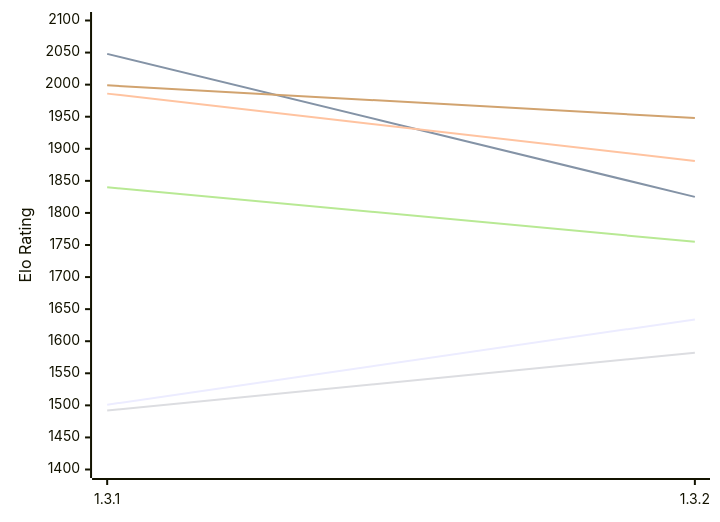
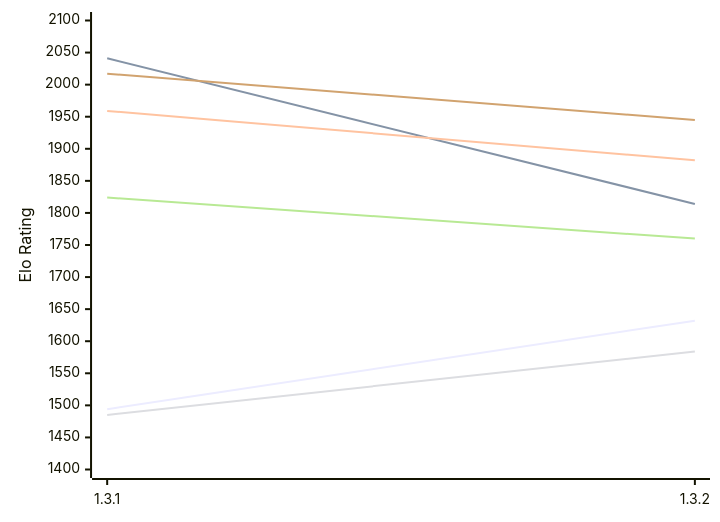
One commit to computer-chess-index/cci changed the first of 2 diagrams in engines/Zugblitz.md. Above: the diagram before and after it, drawn with Mermaid. The commit also changed other lines of this file, not shown here.

Commit message:
Update CCI Ratings (ELO VLTC) - 2026-11-17

````diff
--- a/engines/Zugblitz.md
+++ b/engines/Zugblitz.md
@@ -50,12 +50,12 @@
 ```mermaid
 %%{init: {"theme":"base","themeVariables":{"seriesColors:['#a3a3a3','#222221','#faa371']}}}%%
 xychart-beta
   x-axis ["1.3.1", "1.3.2"]
   y-axis "Elo Rating" 1400 --> 2100
-  line "E1: STC (8.0+0.08s)" [1501, 1634]
-  line "E1: LTC (60.0+0.60s)" [2048, 1825]
-  line "E1: VLTC (2m24s+1.12s)" [1986, 1881]
-  line "P1: STC (8.0+0.08s)" [1492, 1582]
-  line "P1: LTC (60.0+0.60s)" [1840, 1755]
-  line "P1: VLTC (2m24s+1.12s)" [1999, 1948]
+  line "E1: STC (8.0+0.08s)" [1494, 1632]
+  line "E1: LTC (60.0+0.60s)" [2041, 1814]
+  line "E1: VLTC (2m24s+1.12s)" [1959, 1882]
+  line "P1: STC (8.0+0.08s)" [1485, 1584]
+  line "P1: LTC (60.0+0.60s)" [1824, 1760]
+  line "P1: VLTC (2m24s+1.12s)" [2017, 1945]
 ```
````
